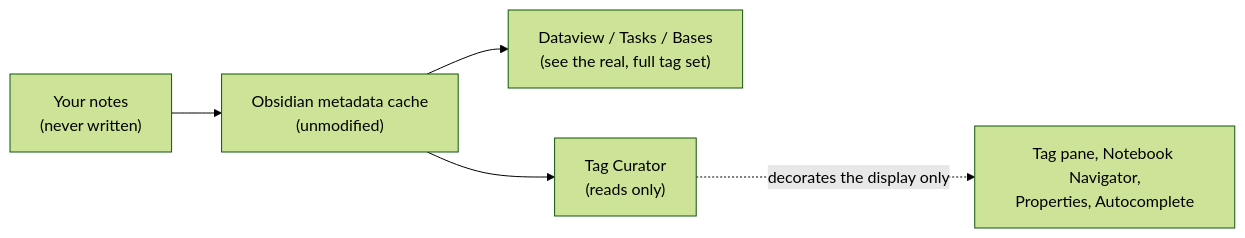
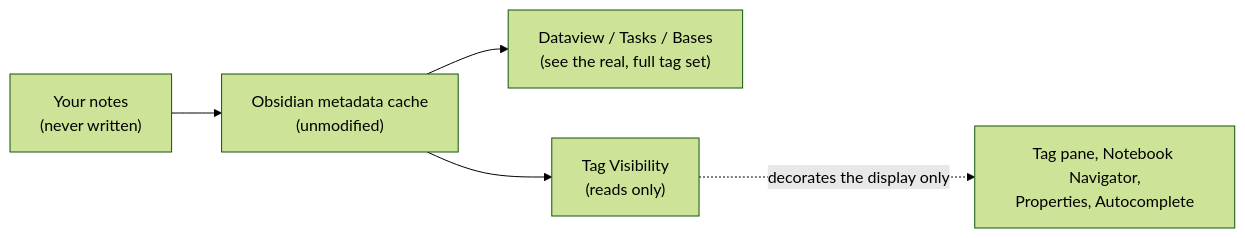
Before and after one commit to prisant-labs/obsidian-tag-curator: the second of 2 diagrams in README.md, drawn with Mermaid (forest theme). The commit also changed other lines of this file and 15 other files, not shown here.

First line of the commit message:
docs(rename): Tag Curator -> Tag Visibility across docs and templates

````diff
--- a/README.md
+++ b/README.md
@@ -258,7 +258,7 @@
 ```mermaid
 flowchart LR
     Notes["Your notes<br/>(never written)"] --> Cache["Obsidian metadata cache<br/>(unmodified)"]
     Cache --> Q["Dataview / Tasks / Bases<br/>(see the real, full tag set)"]
-    Cache --> TC["Tag Curator<br/>(reads only)"]
+    Cache --> TC["Tag Visibility<br/>(reads only)"]
     TC -. "decorates the display only" .-> UI["Tag pane, Notebook Navigator,<br/>Properties, Autocomplete"]
 ```
````
